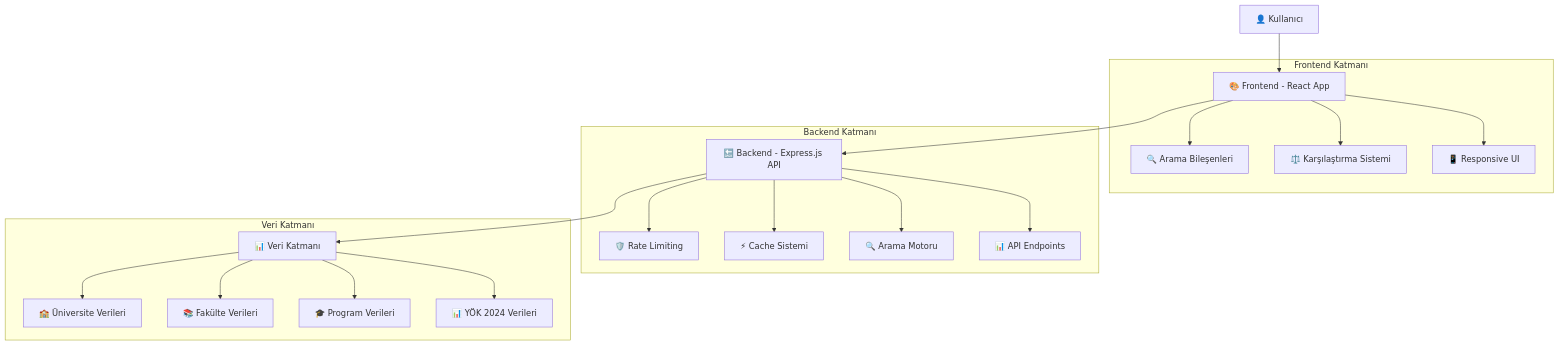
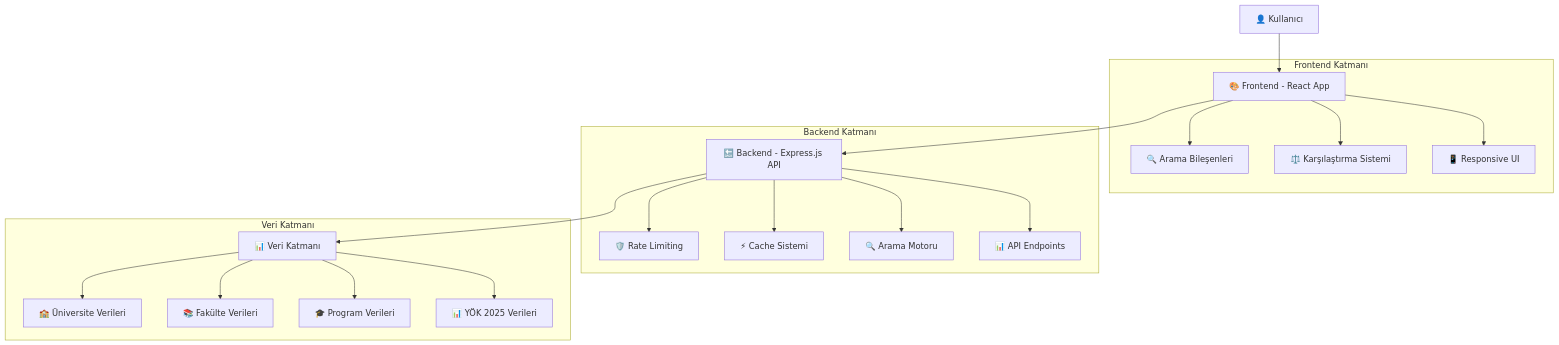
Before and after one commit to njotrh/turkey-university-api: the diagram in README.md, drawn with Mermaid. The commit also changed other lines of this file, not shown here.

First line of the commit message:
Update README for YÖK 2025 data integration

````diff
--- a/README.md
+++ b/README.md
@@ -53,26 +53,26 @@
 ```mermaid
 graph TB
     A[👤 Kullanıcı] --> B[🎨 Frontend - React App]
     B --> C[🔙 Backend - Express.js API]
     C --> D[📊 Veri Katmanı]
 
     subgraph "Frontend Katmanı"
         B --> B1[🔍 Arama Bileşenleri]
         B --> B2[⚖️ Karşılaştırma Sistemi]
         B --> B3[📱 Responsive UI]
     end
 
     subgraph "Backend Katmanı"
         C --> C1[🛡️ Rate Limiting]
         C --> C2[⚡ Cache Sistemi]
         C --> C3[🔍 Arama Motoru]
         C --> C4[📊 API Endpoints]
     end
 
     subgraph "Veri Katmanı"
         D --> D1[🏫 Üniversite Verileri]
         D --> D2[📚 Fakülte Verileri]
         D --> D3[🎓 Program Verileri]
-        D --> D4[📊 YÖK 2024 Verileri]
+        D --> D4[📊 YÖK 2025 Verileri]
     end
 ```
````
